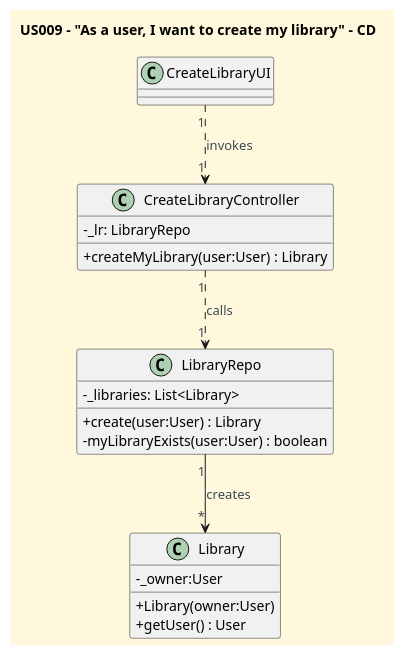
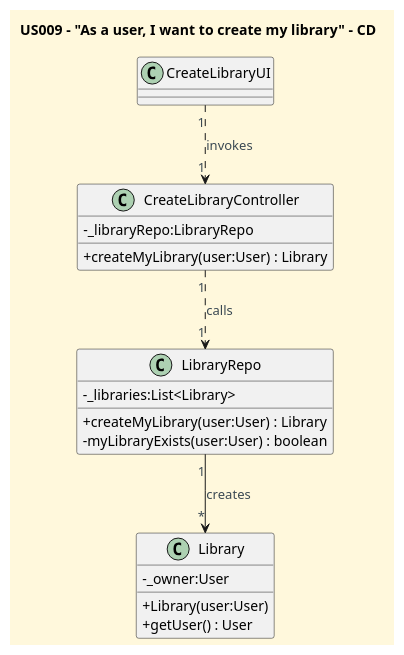
One commit to CarolinaLeite-collab/JavaMarketplacePlatform changed the diagram in docs/userStories/US009/US009_create_my_library_CD.puml. Above: the diagram before and after it, drawn with PlantUML. The commit also changed 2 other files, not shown here.

```diff
--- a/docs/userStories/US009/US009_create_my_library_CD.puml
+++ b/docs/userStories/US009/US009_create_my_library_CD.puml
@@ -1,45 +1,44 @@
 @startuml
 'https://plantuml.com/class-diagram
 title US009 – "As a user, I want to create my library" - CD
 
 '==== basic style ====
 skinparam monochrome false
 skinparam shadowing false
 skinparam defaultFontName Futura
 skinparam objectFontSize 20
 skinparam backgroundColor CornSilk
 skinparam objectBackgroundColor WhiteSmoke
 skinparam noteBackgroundColor #FFFFE0
 skinparam ArrowFontColor #3B4953
 skinparam ActivationBackgroundColor black
 skinparam classAttributeIconSize 0
 
 class CreateLibraryUI {
 }
 
 class CreateLibraryController {
-  -_lr: LibraryRepo
+  -_libraryRepo:LibraryRepo
   + createMyLibrary(user:User) : Library
 }
 
 class LibraryRepo {
--_libraries: List<Library>
-  + create(user:User) : Library
+-_libraries:List<Library>
+  + createMyLibrary(user:User) : Library
   - myLibraryExists(user:User) : boolean
 }
 
 class Library {
   - _owner:User
-  + Library(owner:User)
+  + Library(user:User)
   + getUser() : User
 }
 
 'class User {
 '}
 
 CreateLibraryUI "1" ..> "1" CreateLibraryController : invokes
 CreateLibraryController "1" ..> "1" LibraryRepo : calls
 LibraryRepo "1" --> "*" Library : creates
-'User "1" --> "1" Library: owns
 
 @enduml
```
